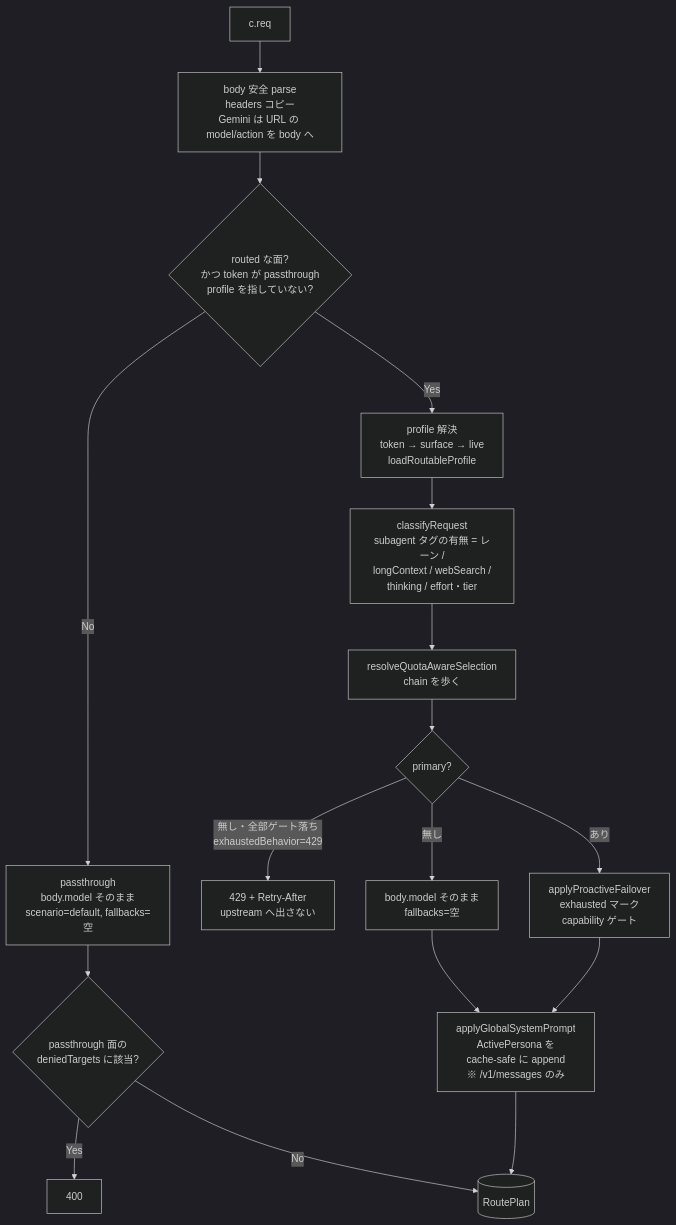
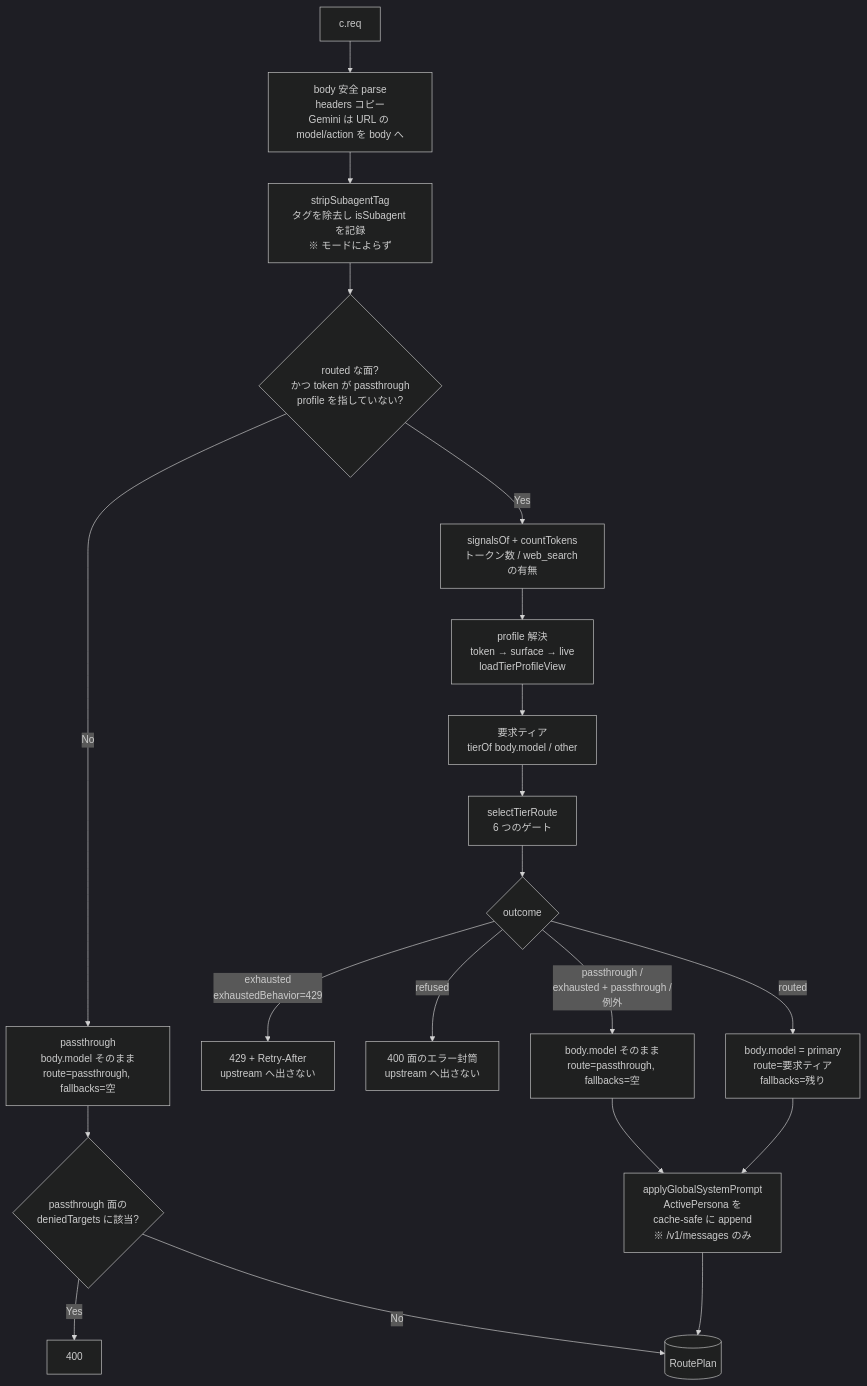
One commit to tkgstrator/rialto changed the tenth of 12 diagrams in docs/architecture/pipeline-overview.md. Above: the diagram before and after it, drawn with Mermaid (dark theme). The commit also changed other lines of this file and 21 other files, not shown here.

````diff
--- a/docs/architecture/pipeline-overview.md
+++ b/docs/architecture/pipeline-overview.md
@@ -505,19 +522,22 @@
 ```mermaid
 flowchart TD
   R[c.req] --> PARSE[body 安全 parse<br/>headers コピー<br/>Gemini は URL の model/action を body へ]
-  PARSE --> MODE{routed な面?<br/>かつ token が passthrough<br/>profile を指していない?}
-  MODE -- No --> PT[passthrough<br/>body.model そのまま<br/>scenario=default, fallbacks=空]
-  MODE -- Yes --> PROF[profile 解決<br/>token → surface → live<br/>loadRoutableProfile]
-  PROF --> CLS[classifyRequest<br/>subagent タグの有無 = レーン /<br/>longContext / webSearch /<br/>thinking / effort・tier]
-  CLS --> SEL[resolveQuotaAwareSelection<br/>chain を歩く]
-  SEL --> HAS{primary?}
-  HAS -- 無し・全部ゲート落ち<br/>exhaustedBehavior=429 --> R429[429 + Retry-After<br/>upstream へ出さない]
-  HAS -- 無し --> KEEP[body.model そのまま<br/>fallbacks=空]
-  HAS -- あり --> APF[applyProactiveFailover<br/>exhausted マーク<br/>capability ゲート]
+  PARSE --> TAG[stripSubagentTag<br/>タグを除去し isSubagent を記録<br/>※ モードによらず]
+  TAG --> MODE{routed な面?<br/>かつ token が passthrough<br/>profile を指していない?}
+  MODE -- No --> PT[passthrough<br/>body.model そのまま<br/>route=passthrough, fallbacks=空]
+  MODE -- Yes --> TOK[signalsOf + countTokens<br/>トークン数 / web_search の有無]
+  TOK --> PROF[profile 解決<br/>token → surface → live<br/>loadTierProfileView]
+  PROF --> TIER[要求ティア<br/>tierOf body.model / other]
+  TIER --> SEL[selectTierRoute<br/>6 つのゲート]
+  SEL --> OUT{outcome}
+  OUT -- exhausted<br/>exhaustedBehavior=429 --> R429[429 + Retry-After<br/>upstream へ出さない]
+  OUT -- refused --> R400R[400 面のエラー封筒<br/>upstream へ出さない]
+  OUT -- passthrough /<br/>exhausted + passthrough /<br/>例外 --> KEEP[body.model そのまま<br/>route=passthrough, fallbacks=空]
+  OUT -- routed --> RW[body.model = primary<br/>route=要求ティア<br/>fallbacks=残り]
   KEEP --> PERSONA[applyGlobalSystemPrompt<br/>ActivePersona を<br/>cache-safe に append<br/>※ /v1/messages のみ]
-  APF --> PERSONA
+  RW --> PERSONA
   PERSONA --> PLAN[(RoutePlan)]
   PT --> DENY{passthrough 面の<br/>deniedTargets に該当?}
   DENY -- Yes --> R400[400]
   DENY -- No --> PLAN
 ```
````
